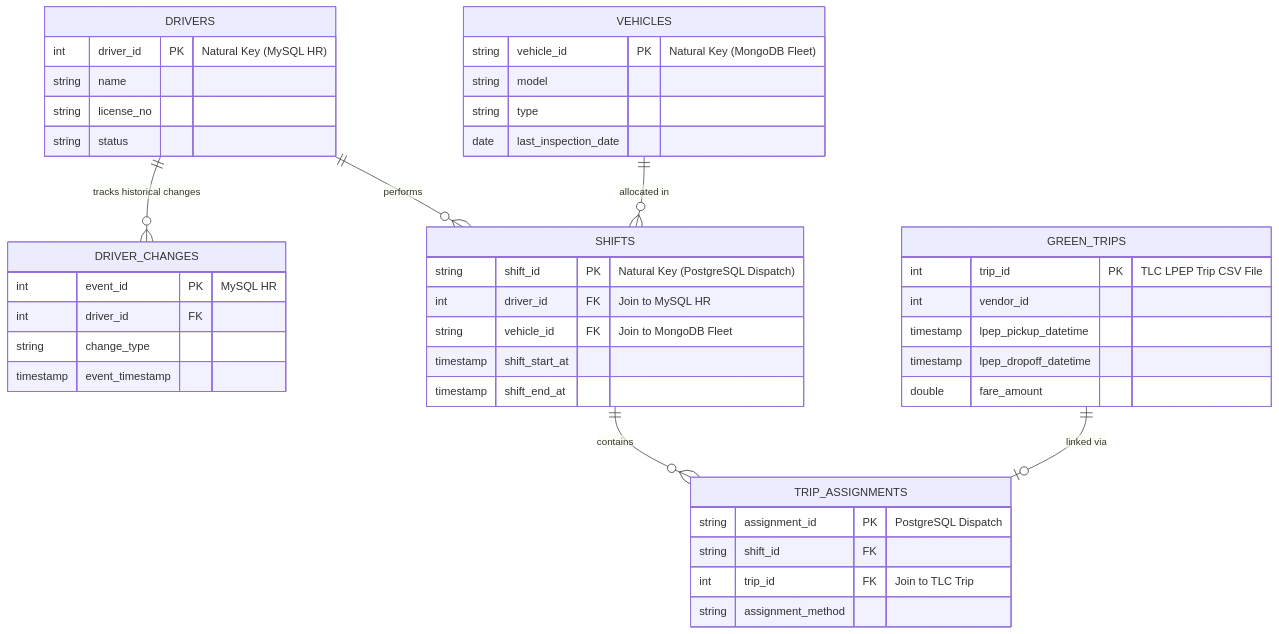
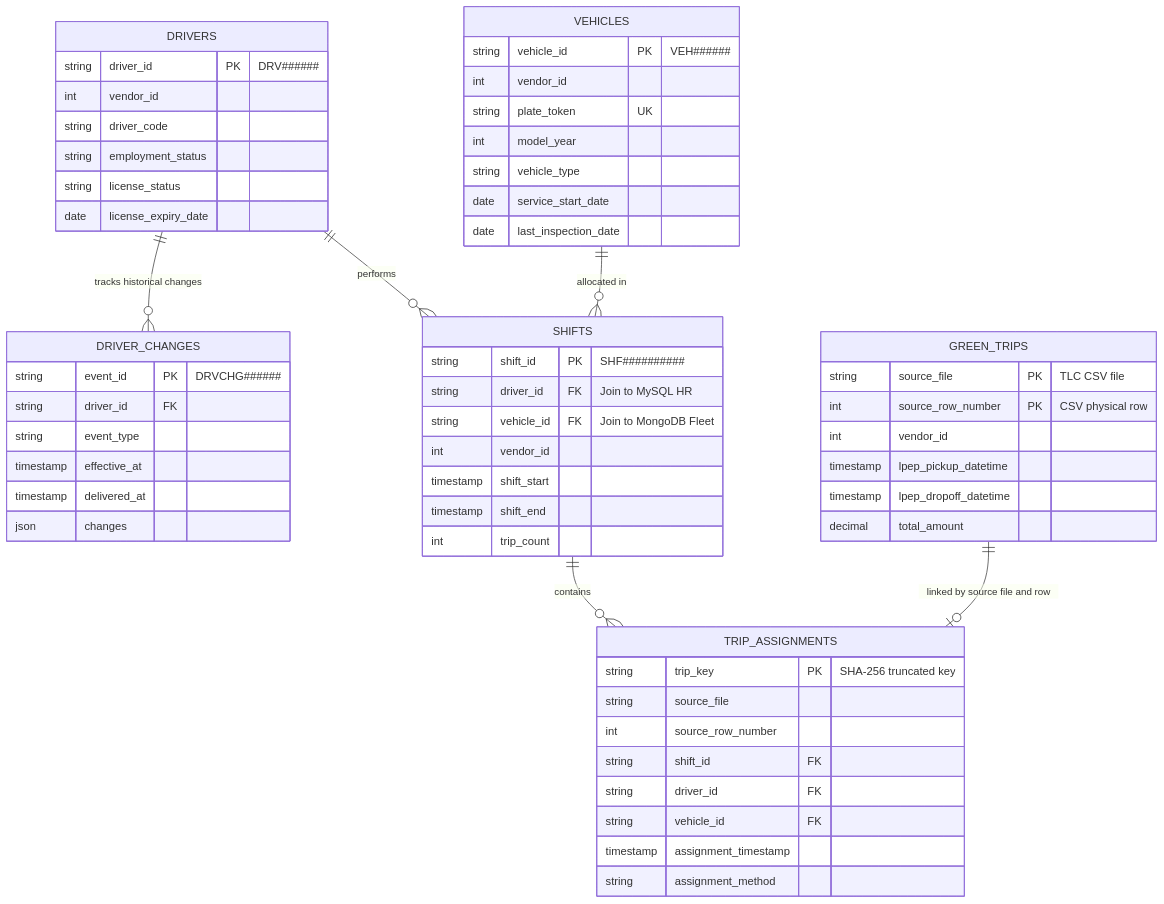
One commit to HuyVuCV1011/Green-taxi changed the third of 3 diagrams in diagrams/README.md. Above: the diagram before and after it, drawn with Mermaid. The commit also changed other lines of this file and 17 other files, not shown here.

````diff
--- a/diagrams/README.md
+++ b/diagrams/README.md
@@ -74,47 +86,61 @@
 ```mermaid
 erDiagram
     DRIVERS {
-        int driver_id PK "Natural Key (MySQL HR)"
-        string name
-        string license_no
-        string status
+        string driver_id PK "DRV######"
+        int vendor_id
+        string driver_code
+        string employment_status
+        string license_status
+        date license_expiry_date
     }
     DRIVER_CHANGES {
-        int event_id PK "MySQL HR"
-        int driver_id FK
-        string change_type
-        timestamp event_timestamp
+        string event_id PK "DRVCHG######"
+        string driver_id FK
+        string event_type
+        timestamp effective_at
+        timestamp delivered_at
+        json changes
     }
     VEHICLES {
-        string vehicle_id PK "Natural Key (MongoDB Fleet)"
-        string model
-        string type
+        string vehicle_id PK "VEH######"
+        int vendor_id
+        string plate_token UK
+        int model_year
+        string vehicle_type
+        date service_start_date
         date last_inspection_date
     }
     SHIFTS {
-        string shift_id PK "Natural Key (PostgreSQL Dispatch)"
-        int driver_id FK "Join to MySQL HR"
+        string shift_id PK "SHF##########"
+        string driver_id FK "Join to MySQL HR"
         string vehicle_id FK "Join to MongoDB Fleet"
-        timestamp shift_start_at
-        timestamp shift_end_at
+        int vendor_id
+        timestamp shift_start
+        timestamp shift_end
+        int trip_count
     }
     TRIP_ASSIGNMENTS {
-        string assignment_id PK "PostgreSQL Dispatch"
+        string trip_key PK "SHA-256 truncated key"
+        string source_file
+        int source_row_number
         string shift_id FK
-        int trip_id FK "Join to TLC Trip"
+        string driver_id FK
+        string vehicle_id FK
+        timestamp assignment_timestamp
         string assignment_method
     }
     GREEN_TRIPS {
-        int trip_id PK "TLC LPEP Trip CSV File"
+        string source_file PK "TLC CSV file"
+        int source_row_number PK "CSV physical row"
         int vendor_id
         timestamp lpep_pickup_datetime
         timestamp lpep_dropoff_datetime
-        double fare_amount
+        decimal total_amount
     }
 
     DRIVERS ||--o{ DRIVER_CHANGES : "tracks historical changes"
     DRIVERS ||--o{ SHIFTS : "performs"
     VEHICLES ||--o{ SHIFTS : "allocated in"
     SHIFTS ||--o{ TRIP_ASSIGNMENTS : "contains"
-    GREEN_TRIPS ||--o| TRIP_ASSIGNMENTS : "linked via"
+    GREEN_TRIPS ||--o| TRIP_ASSIGNMENTS : "linked by source file and row"
 ```
````
